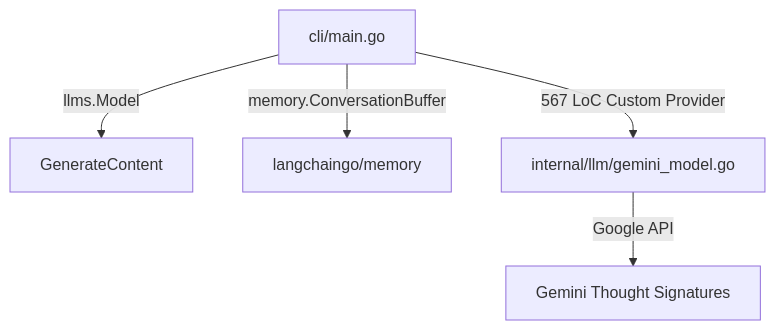
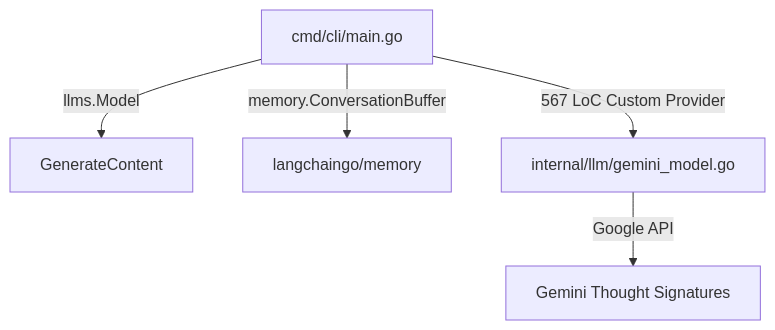
Before and after one commit to mdfranz/elastic-security-mcp: the first of 4 diagrams in GO-AGENT-COMP.md, drawn with Mermaid. The commit also changed other lines of this file and 4 other files, not shown here.

````diff
--- a/GO-AGENT-COMP.md
+++ b/GO-AGENT-COMP.md
@@ -19,7 +19,7 @@
 ```mermaid
 graph TD
-    A1[cli/main.go] -->|llms.Model| B1[GenerateContent]
+    A1[cmd/cli/main.go] -->|llms.Model| B1[GenerateContent]
     A1 -->|memory.ConversationBuffer| C1[langchaingo/memory]
     A1 -->|567 LoC Custom Provider| D1[internal/llm/gemini_model.go]
     D1 -->|Google API| E1[Gemini Thought Signatures]
 ```
````
